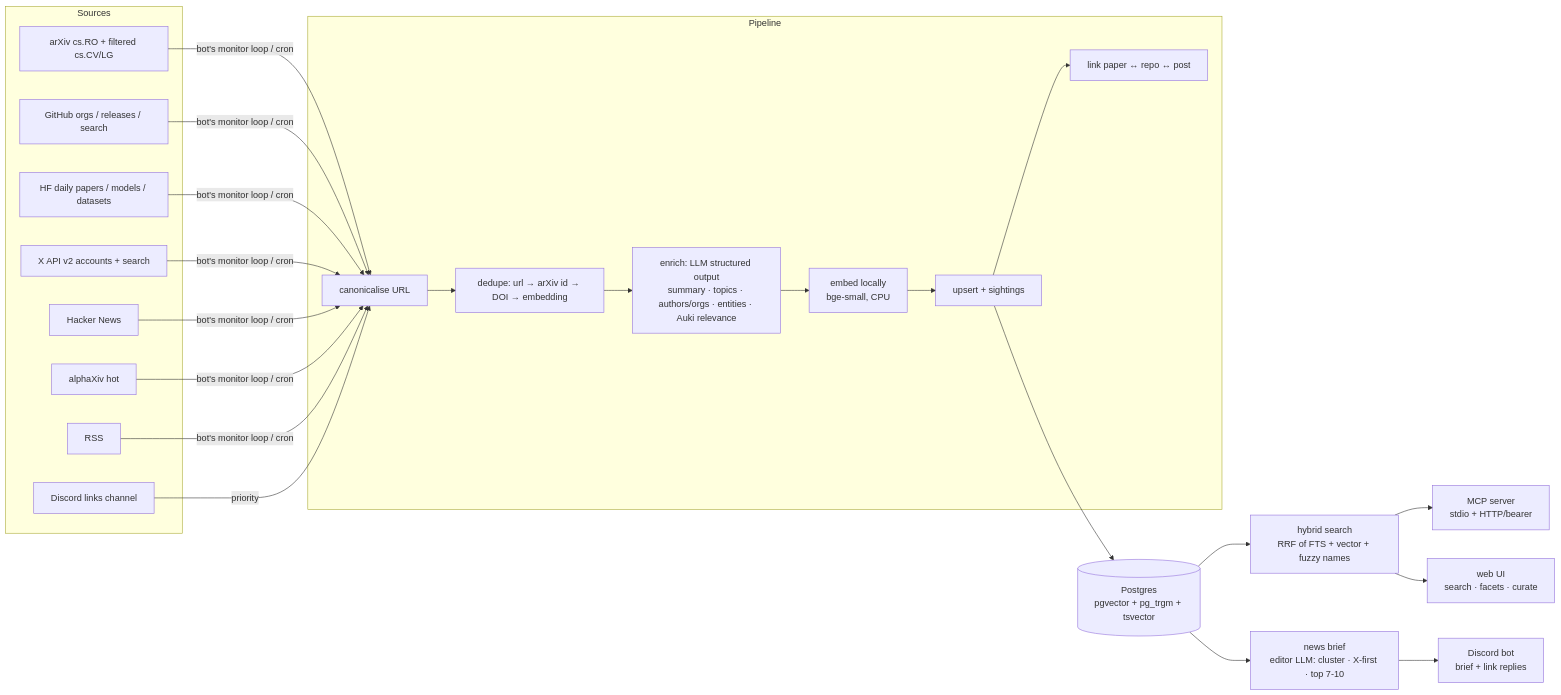
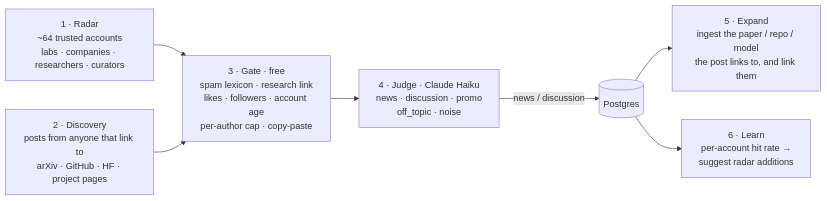
Before and after one commit to bennytay/scout: the diagram in README.md, drawn with Mermaid. The commit also changed other lines of this file and 4 other files, not shown here.

````diff
--- a/README.md
+++ b/README.md
@@ -15,26 +21,9 @@
 ```mermaid
 flowchart LR
-  subgraph Sources
-    A[arXiv cs.RO + filtered cs.CV/LG]
-    G[GitHub orgs / releases / search]
-    H[HF daily papers / models / datasets]
-    X[X API v2 accounts + search]
-    N[Hacker News]
-    AX[alphaXiv hot]
-    R[RSS]
-    D[Discord links channel]
-  end
-  subgraph Pipeline
-    C[canonicalise URL] --> DD[dedupe: url → arXiv id → DOI → embedding]
-    DD --> E[enrich: LLM structured output<br/>summary · topics · authors/orgs · entities · Auki relevance]
-    E --> EM[embed locally<br/>bge-small, CPU] --> U[upsert + sightings] --> L[link paper ↔ repo ↔ post]
-  end
-  A & G & H & X & N & AX & R -->|bot's monitor loop / cron| C
-  D -->|priority| C
-  U --> PG[(Postgres<br/>pgvector + pg_trgm + tsvector)]
-  PG --> S[hybrid search<br/>RRF of FTS + vector + fuzzy names]
-  S --> MCP[MCP server<br/>stdio + HTTP/bearer]
-  PG --> BR[news brief<br/>editor LLM: cluster · X-first · top 7-10]
-  BR --> BOT[Discord bot<br/>brief + link replies]
-  S --> WEB[web UI<br/>search · facets · curate]
+  R[1 · Radar<br/>~64 trusted accounts<br/>labs · companies · researchers · curators] --> G
+  D[2 · Discovery<br/>posts from anyone that link to<br/>arXiv · GitHub · HF · project pages] --> G
+  G[3 · Gate · free<br/>spam lexicon · research link<br/>likes · followers · account age<br/>per-author cap · copy-paste] --> J
+  J[4 · Judge · Claude Haiku<br/>news · discussion · promo<br/>off_topic · noise] -->|news / discussion| S[(Postgres)]
+  S --> E[5 · Expand<br/>ingest the paper / repo / model<br/>the post links to, and link them]
+  S --> L[6 · Learn<br/>per-account hit rate →<br/>suggest radar additions]
 ```
````
